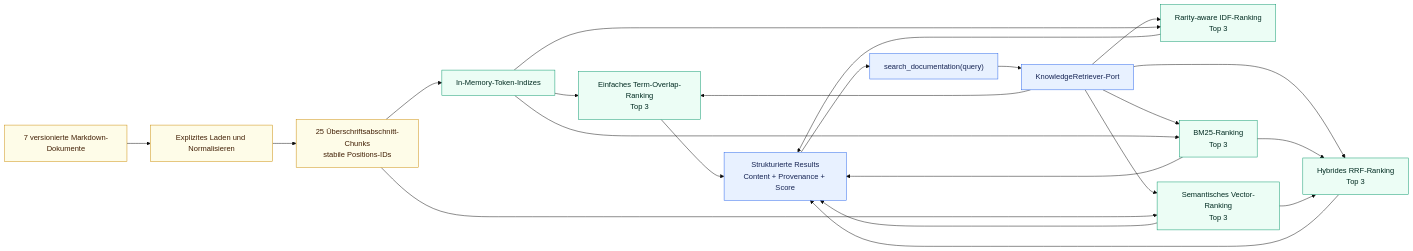
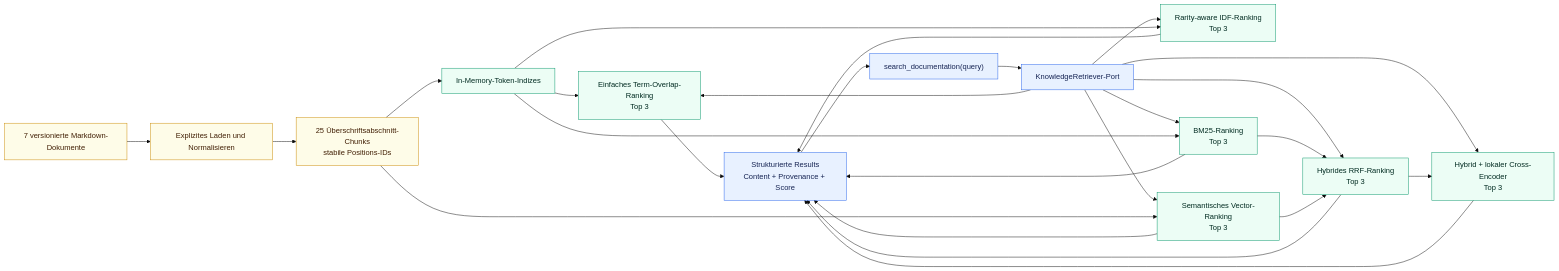
Before and after one commit to aboerzel/industrial-ai-agent: the second of 11 diagrams in docs/architecture/overview.de.md, drawn with Mermaid (base theme). The commit also changed other lines of this file and 14 other files, not shown here.

Commit message:
feat: add local cross-encoder reranking

````diff
--- a/docs/architecture/overview.de.md
+++ b/docs/architecture/overview.de.md
@@ -104,31 +109,34 @@
 ```mermaid
 flowchart LR
     Docs["7 versionierte Markdown-Dokumente"] --> Load["Explizites Laden und Normalisieren"]
     Load --> Chunk["25 Überschriftsabschnitt-Chunks<br/>stabile Positions-IDs"]
     Chunk --> Index["In-Memory-Token-Indizes"]
     Query["search_documentation(query)"] --> Port["KnowledgeRetriever-Port"]
     Port --> Simple["Einfaches Term-Overlap-Ranking<br/>Top 3"]
     Port --> IDFSearch["Rarity-aware IDF-Ranking<br/>Top 3"]
     Port --> BM25Search["BM25-Ranking<br/>Top 3"]
     Port --> SemanticSearch["Semantisches Vector-Ranking<br/>Top 3"]
     Port --> HybridSearch["Hybrides RRF-Ranking<br/>Top 3"]
+    Port --> RerankedSearch["Hybrid + lokaler Cross-Encoder<br/>Top 3"]
     Index --> Simple
     Index --> IDFSearch
     Index --> BM25Search
     Chunk --> SemanticSearch
     BM25Search --> HybridSearch
     SemanticSearch --> HybridSearch
+    HybridSearch --> RerankedSearch
     Simple --> Results["Strukturierte Results<br/>Content + Provenance + Score"]
     IDFSearch --> Results
     BM25Search --> Results
     SemanticSearch --> Results
     HybridSearch --> Results
+    RerankedSearch --> Results
     Results --> Query
 
     classDef data fill:#fefce8,stroke:#ca8a04,color:#422006
     classDef core fill:#e8f1ff,stroke:#2563eb,color:#172554
     classDef adapter fill:#ecfdf5,stroke:#059669,color:#022c22
     class Docs,Load,Chunk data
     class Query,Port,Results core
-    class Index,Simple,IDFSearch,BM25Search,SemanticSearch,HybridSearch adapter
+    class Index,Simple,IDFSearch,BM25Search,SemanticSearch,HybridSearch,RerankedSearch adapter
 ```
````
